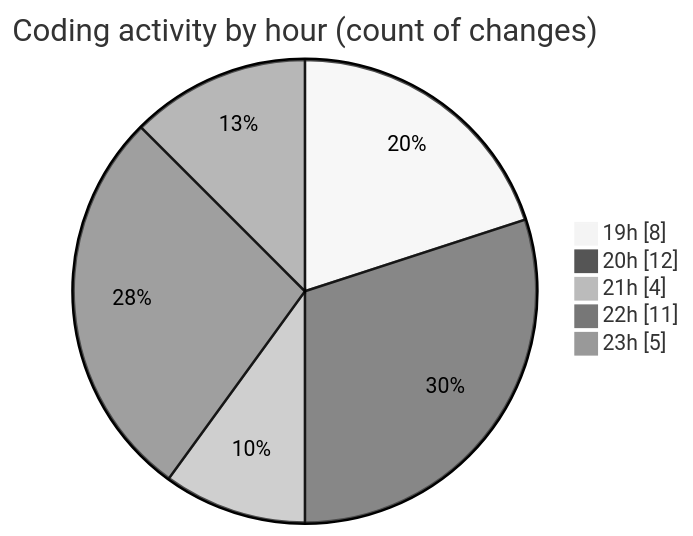
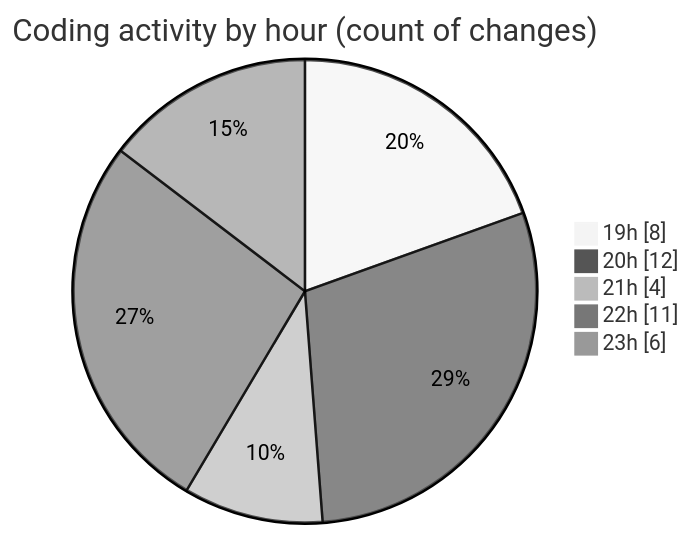
One commit to Elitesun/code-tracking changed the second of 2 diagrams in 2025-04-10/product-page/README.md. Above: the diagram before and after it, drawn with Mermaid (neutral theme). The commit also changed other lines of this file and 1 other file, not shown here.

````diff
--- a/2025-04-10/product-page/README.md
+++ b/2025-04-10/product-page/README.md
@@ -43,9 +43,9 @@
 ```mermaid
 pie showData
 title Coding activity by hour (count of changes)
 "19h" : 8
 "20h" : 12
 "21h" : 4
 "22h" : 11
-"23h" : 5
+"23h" : 6
 ```
````
